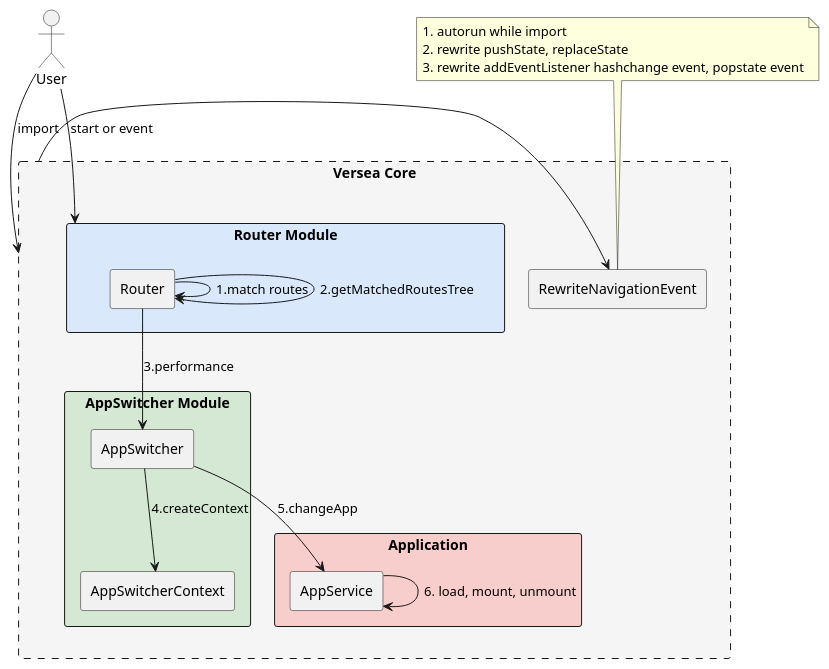
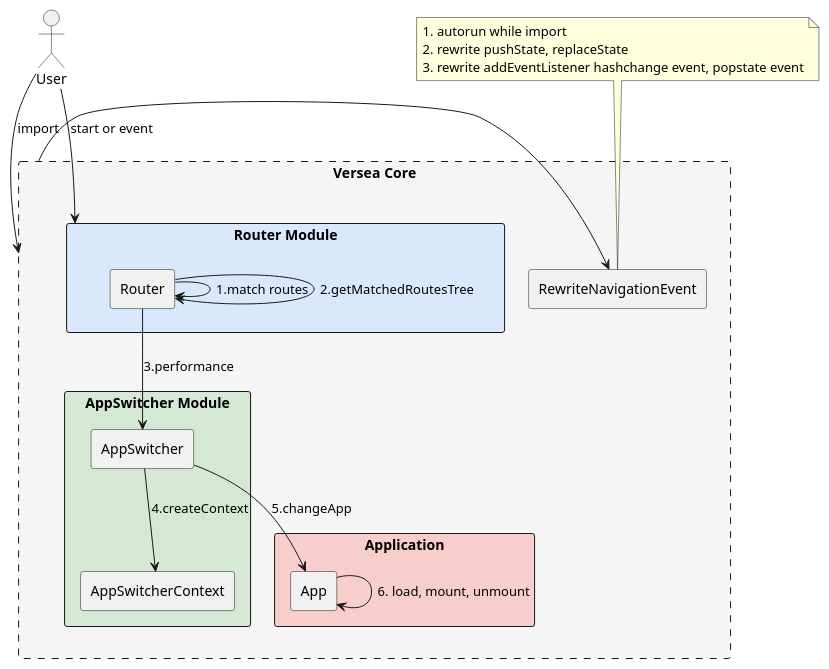
The second of 2 diagrams in main/main.md (shmli/versea-tech-design), drawn with PlantUML before and after one commit. The commit also changed other lines of this file and 3 other files, not shown here.

````diff
--- a/main/main.md
+++ b/main/main.md
@@ -69,39 +46,39 @@
 ```plantuml
 @startuml
 actor User
 rectangle "Versea Core" as VerseaCore #F5F5F5;line.dashed {
   rectangle "RewriteNavigationEvent"
 
   rectangle "Router Module" as RouterModule #DAE8FC {
     rectangle "Router"
   }
 
   rectangle "Application" #F8CECC {
-    rectangle "AppService"
+    rectangle "App"
   }
 
   rectangle "AppSwitcher Module" #D5E8D4 {
     rectangle "AppSwitcher" as AppSwitcher
     rectangle "AppSwitcherContext" as AppSwitcherContext
 
     AppSwitcher --> AppSwitcherContext: 4.createContext
   }
 
   Router --> Router: 1.match routes
   Router --> Router: 2.getMatchedRoutesTree
   Router --> AppSwitcher: 3.performance
-  AppSwitcher --> AppService: 5.changeApp
-  AppService -> AppService: 6. load, mount, unmount
+  AppSwitcher --> App: 5.changeApp
+  App -> App: 6. load, mount, unmount
 }
 User --> VerseaCore: import
 VerseaCore -> RewriteNavigationEvent
 
 note top of RewriteNavigationEvent
   1. autorun while import
   2. rewrite pushState, replaceState
   3. rewrite addEventListener hashchange event, popstate event
 end note
 
 User --> RouterModule: start or event
 @enduml
 ```
````
